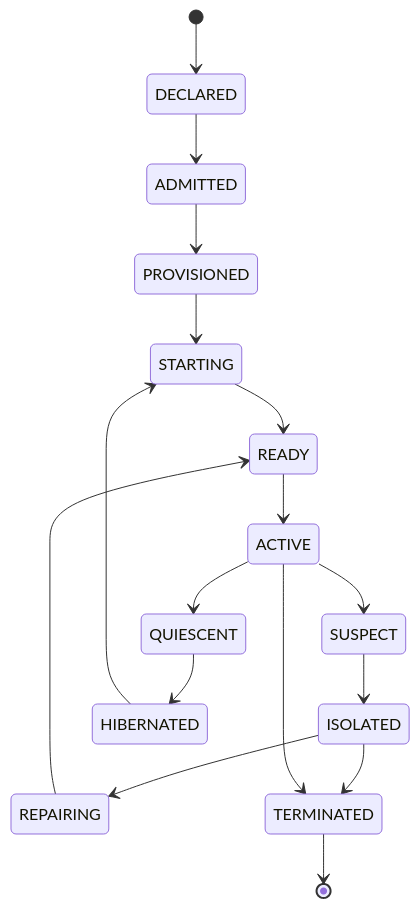
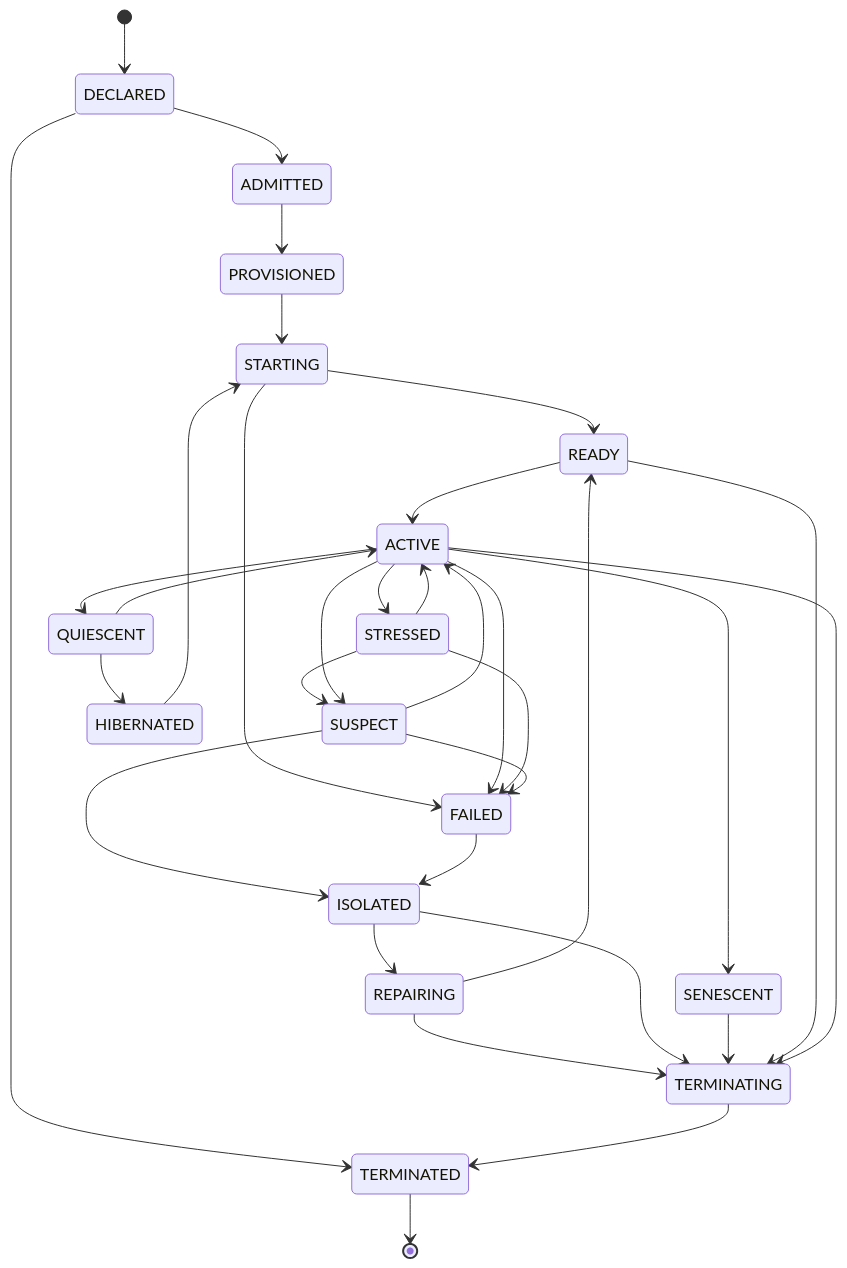
One commit to Alpha-Oi/digital-organism-architecture changed the diagram in diagrams/cell-lifecycle.md. Above: the diagram before and after it, drawn with Mermaid. The commit also changed other lines of this file and 82 other files, not shown here.

````diff
--- a/diagrams/cell-lifecycle.md
+++ b/diagrams/cell-lifecycle.md
@@ -3,19 +3,35 @@
 ```mermaid
 stateDiagram-v2
   [*] --> DECLARED
   DECLARED --> ADMITTED
+  DECLARED --> TERMINATED
   ADMITTED --> PROVISIONED
   PROVISIONED --> STARTING
   STARTING --> READY
+  STARTING --> FAILED
   READY --> ACTIVE
+  ACTIVE --> STRESSED
+  STRESSED --> ACTIVE
+  STRESSED --> SUSPECT
   ACTIVE --> SUSPECT
+  SUSPECT --> ACTIVE
   SUSPECT --> ISOLATED
   ISOLATED --> REPAIRING
   REPAIRING --> READY
+  REPAIRING --> TERMINATING
+  ISOLATED --> TERMINATING
   ACTIVE --> QUIESCENT
+  QUIESCENT --> ACTIVE
   QUIESCENT --> HIBERNATED
   HIBERNATED --> STARTING
-  ISOLATED --> TERMINATED
-  ACTIVE --> TERMINATED
+  ACTIVE --> SENESCENT
+  SENESCENT --> TERMINATING
+  READY --> TERMINATING
+  ACTIVE --> TERMINATING
+  ACTIVE --> FAILED
+  STRESSED --> FAILED
+  SUSPECT --> FAILED
+  FAILED --> ISOLATED
+  TERMINATING --> TERMINATED
   TERMINATED --> [*]
 ```
````
